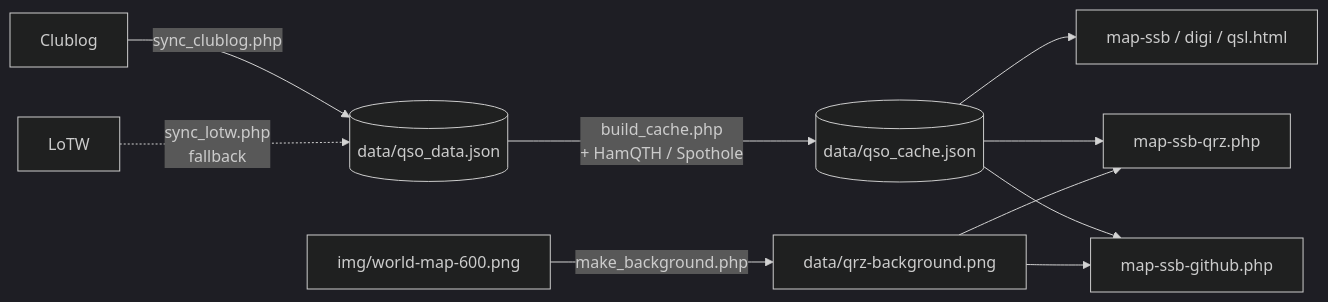
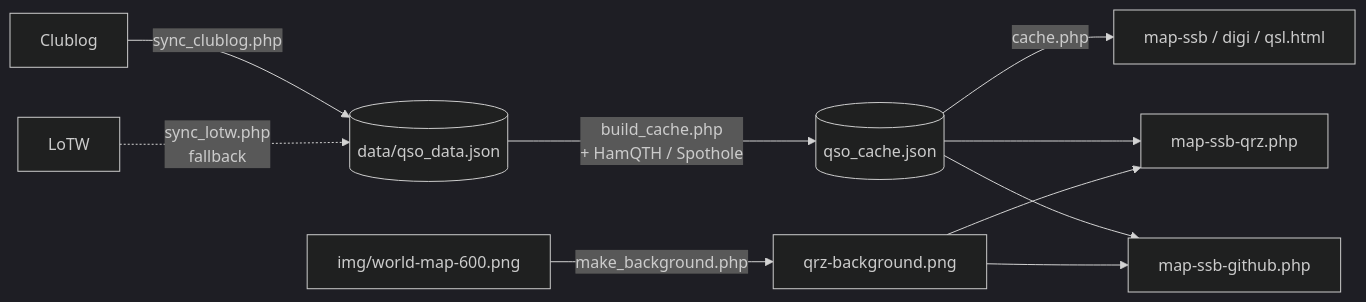
The diagram in README.md (tomduca/qsomap), drawn with Mermaid (dark theme) before and after one commit. The commit also changed other lines of this file and 30 other files, not shown here.

````diff
--- a/README.md
+++ b/README.md
@@ -25,12 +26,12 @@
 ```mermaid
 flowchart LR
     CL[Clublog] -->|sync_clublog.php| D[(data/qso_data.json)]
     LW[LoTW] -.->|sync_lotw.php<br/>fallback| D
-    D -->|build_cache.php<br/>+ HamQTH / Spothole| C[(data/qso_cache.json)]
-    C --> I[map-ssb / digi / qsl.html]
+    D -->|build_cache.php<br/>+ HamQTH / Spothole| C[(qso_cache.json)]
+    C -->|cache.php| I[map-ssb / digi / qsl.html]
     C --> Q[map-ssb-qrz.php]
     C --> G[map-ssb-github.php]
-    B[img/world-map-600.png] -->|make_background.php| P[data/qrz-background.png]
+    B[img/world-map-600.png] -->|make_background.php| P[qrz-background.png]
     P --> Q
     P --> G
 ```
````
